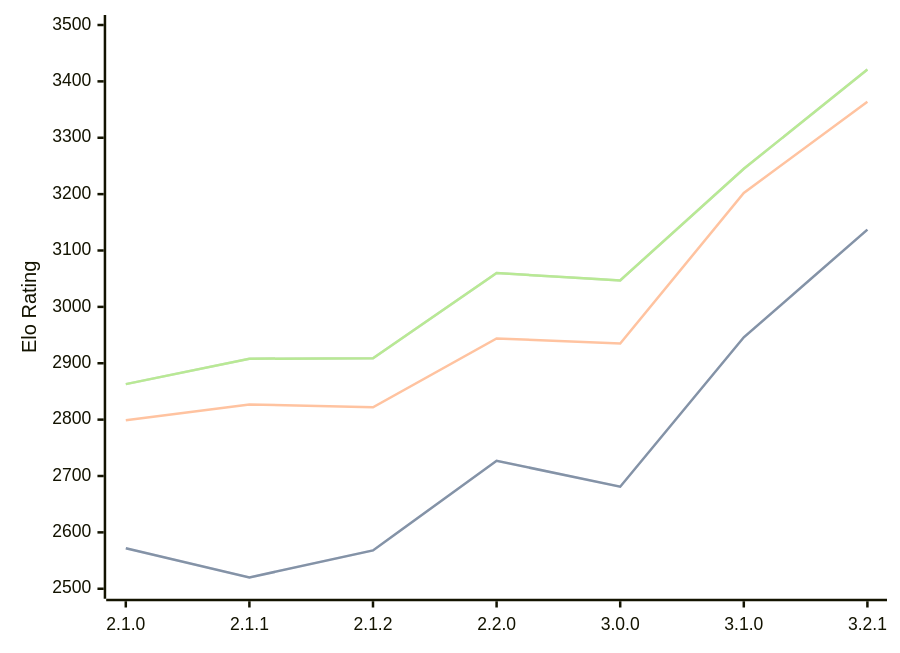
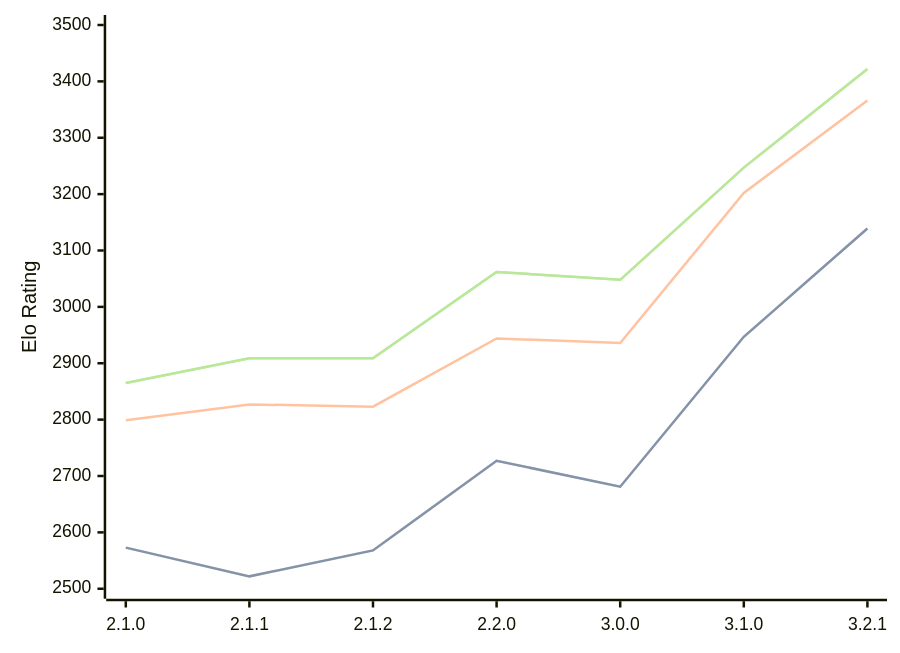
Before and after one commit to computer-chess-index/cci: the diagram in engines/Prune.md, drawn with Mermaid. The commit also changed other lines of this file, not shown here.

Commit message:
Update CCI Ratings (ELO VLTC) - 2026-04-22

````diff
--- a/engines/Prune.md
+++ b/engines/Prune.md
@@ -42,11 +42,11 @@
 ```mermaid
 %%{init: {"theme":"base","themeVariables":{"seriesColors:['#a3a3a3','#222221','#faa371']}}}%%
 xychart-beta
   x-axis ["2.1.0", "2.1.1", "2.1.2", "2.2.0", "3.0.0", "3.1.0", "3.2.1"]
   y-axis "Elo Rating" 2500 --> 3500
-  line "STC (8.0+0.08s)" [2572, 2520, 2568, 2727, 2681, 2946, 3137]
-  line "STC (8.0+0.08s)" [2572, 2520, 2568, 2727, 2681, 2946, 3137]
-  line "LTC (60.0+0.60s)" [2799, 2827, 2822, 2944, 2935, 3202, 3364]
-  line "VLTC (2m24s+1.12s)" [2863, 2908, 2909, 3060, 3047, 3245, 3421]
-  line "VLTC (2m24s+1.12s)" [2863, 2908, 2909, 3060, 3047, 3245, 3421]
+  line "STC (8.0+0.08s)" [2573, 2522, 2568, 2727, 2681, 2947, 3139]
+  line "STC (8.0+0.08s)" [2573, 2522, 2568, 2727, 2681, 2947, 3139]
+  line "LTC (60.0+0.60s)" [2799, 2827, 2823, 2944, 2936, 3202, 3366]
+  line "VLTC (2m24s+1.12s)" [2865, 2909, 2909, 3062, 3048, 3247, 3422]
+  line "VLTC (2m24s+1.12s)" [2865, 2909, 2909, 3062, 3048, 3247, 3422]
 ```
````
